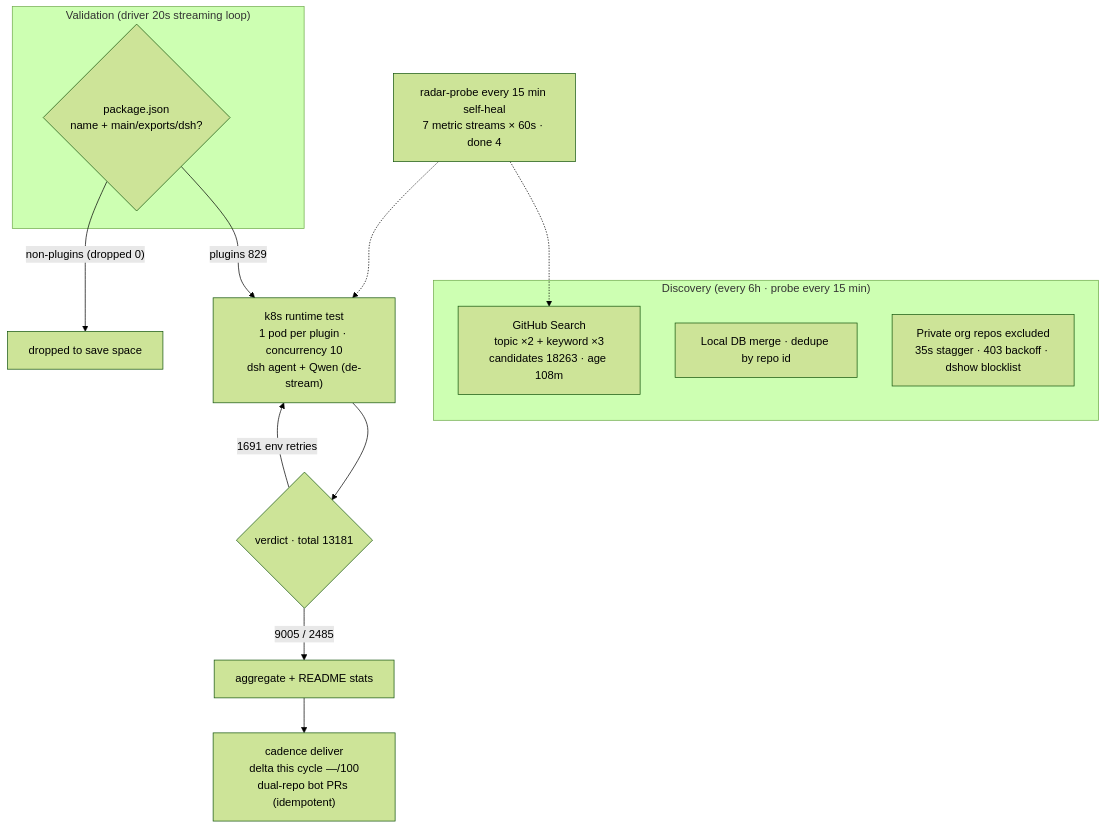
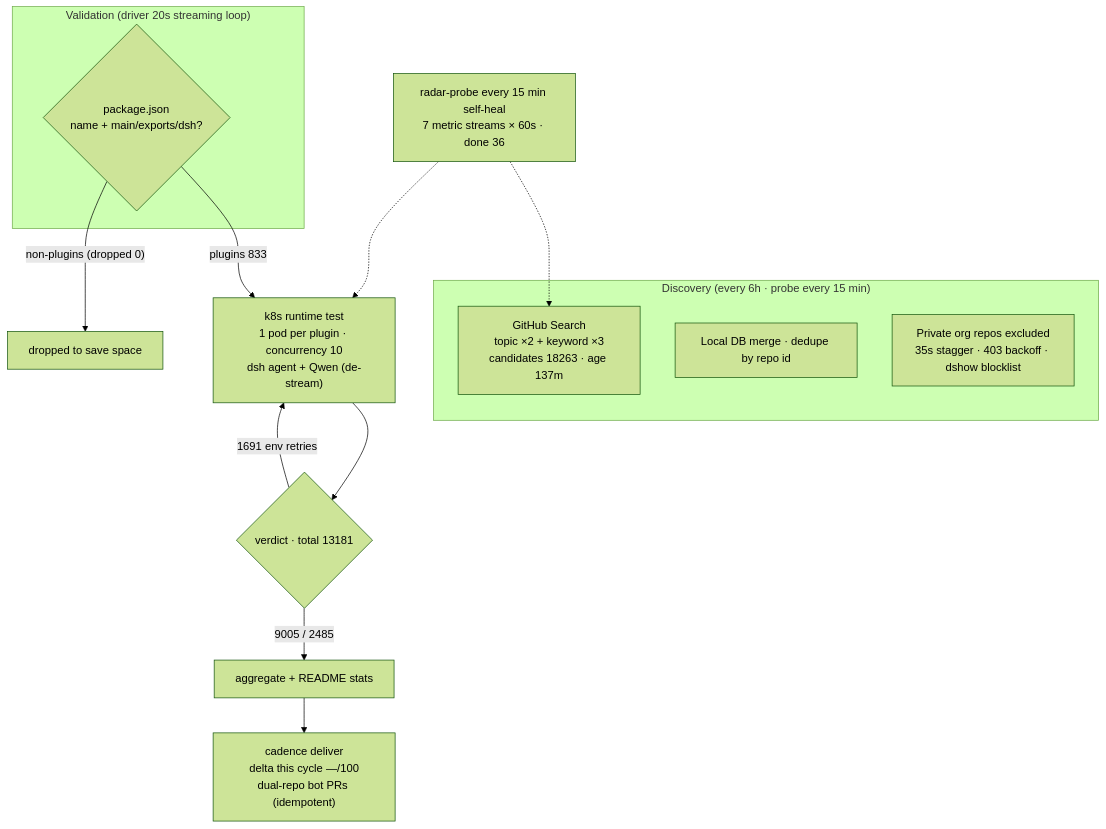
One commit to AdamPlatin123/awesome-dsh-plugins changed the diagram in README.en-US.md. Above: the diagram before and after it, drawn with Mermaid (forest theme). The commit also changed other lines of this file and 5 other files, not shown here.

````diff
--- a/README.en-US.md
+++ b/README.en-US.md
@@ -45,20 +45,20 @@
 ```mermaid
 flowchart TB
     subgraph Discovery["Discovery (every 6h · probe every 15 min)"]
-        A1["GitHub Search<br/>topic ×2 + keyword ×3<br/>candidates 18263 · age 108m"]
+        A1["GitHub Search<br/>topic ×2 + keyword ×3<br/>candidates 18263 · age 137m"]
         A2["Local DB merge · dedupe by repo id"]
         A3["Private org repos excluded<br/>35s stagger · 403 backoff · dshow blocklist"]
     end
     subgraph Validation["Validation (driver 20s streaming loop)"]
         B1{"package.json<br/>name + main/exports/dsh?"}
     end
-    B1 -->|"plugins 829"| C1["k8s runtime test<br/>1 pod per plugin · concurrency 10<br/>dsh agent + Qwen (de-stream)"]
+    B1 -->|"plugins 833"| C1["k8s runtime test<br/>1 pod per plugin · concurrency 10<br/>dsh agent + Qwen (de-stream)"]
     B1 -->|"non-plugins (dropped 0)"| B3["dropped to save space"]
     C1 --> D1{"verdict · total 13181"}
     D1 -->|"9005 / 2485"| E1["aggregate + README stats"]
     D1 -->|"1691 env retries"| C1
     E1 --> E2["cadence deliver<br/>delta this cycle —/100<br/>dual-repo bot PRs (idempotent)"]
-    M["radar-probe every 15 min self-heal<br/>7 metric streams × 60s · done 4"]
+    M["radar-probe every 15 min self-heal<br/>7 metric streams × 60s · done 36"]
     M -.-> A1
     M -.-> C1
 ```
````
